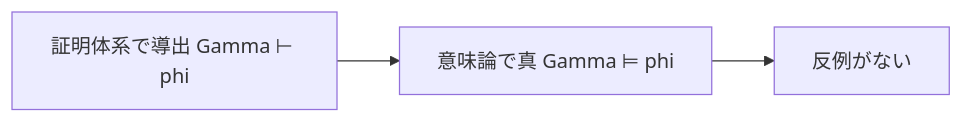
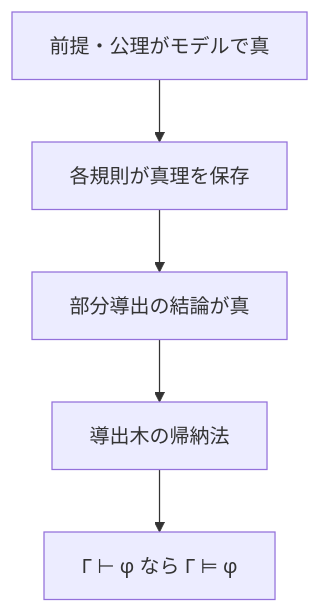
Before and after one commit to daysUlab/Learning_with_Codex: the diagram in logic_tower/03_soundness_completeness/01_soundness.md, drawn with Mermaid. The commit also changed other lines of this file and 1 other file, not shown here.

````diff
--- a/logic_tower/03_soundness_completeness/01_soundness.md
+++ b/logic_tower/03_soundness_completeness/01_soundness.md
@@ -24,5 +28,7 @@
 ```mermaid
-flowchart LR
-    A[証明体系で導出 Gamma ⊢ phi] --> B[意味論で真 Gamma ⊨ phi]
-    B --> C[反例がない]
+flowchart TD
+    A["前提・公理がモデルで真"] --> B["各規則が真理を保存"]
+    B --> C["部分導出の結論が真"]
+    C --> D["導出木の帰納法"]
+    D --> E["Γ ⊢ φ なら Γ ⊨ φ"]
 ```
````
